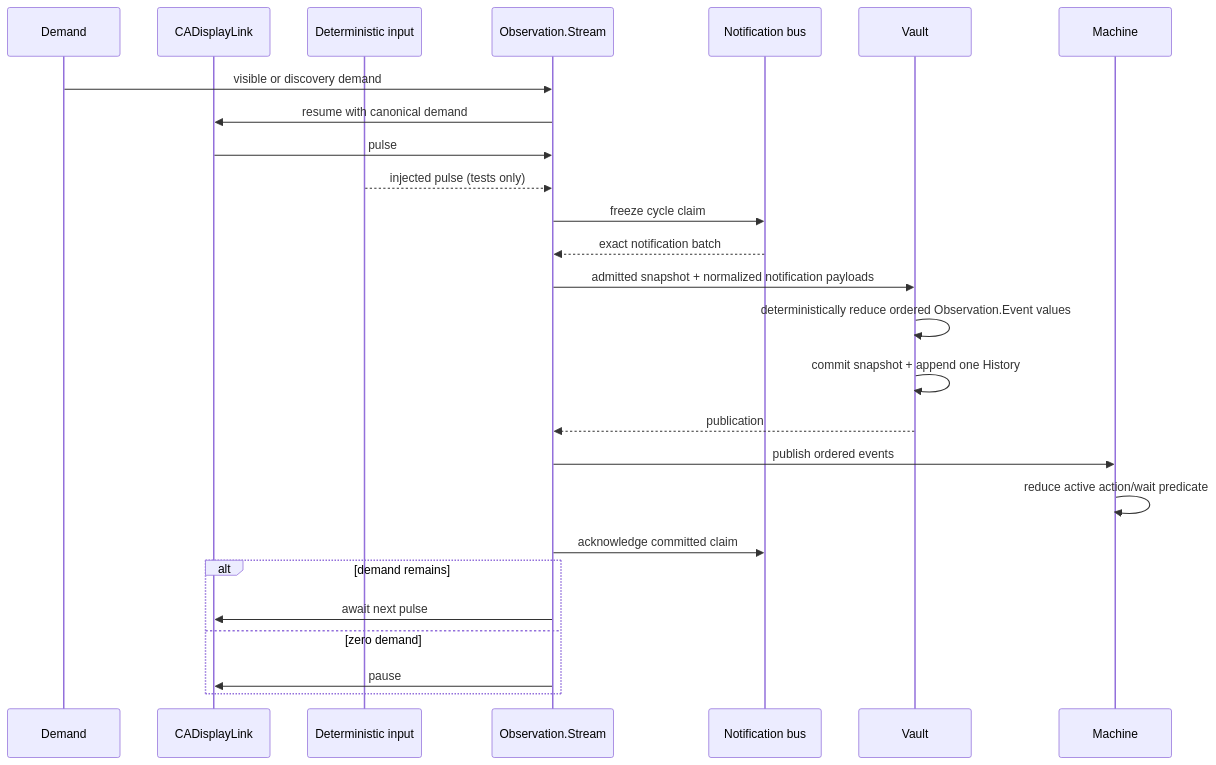
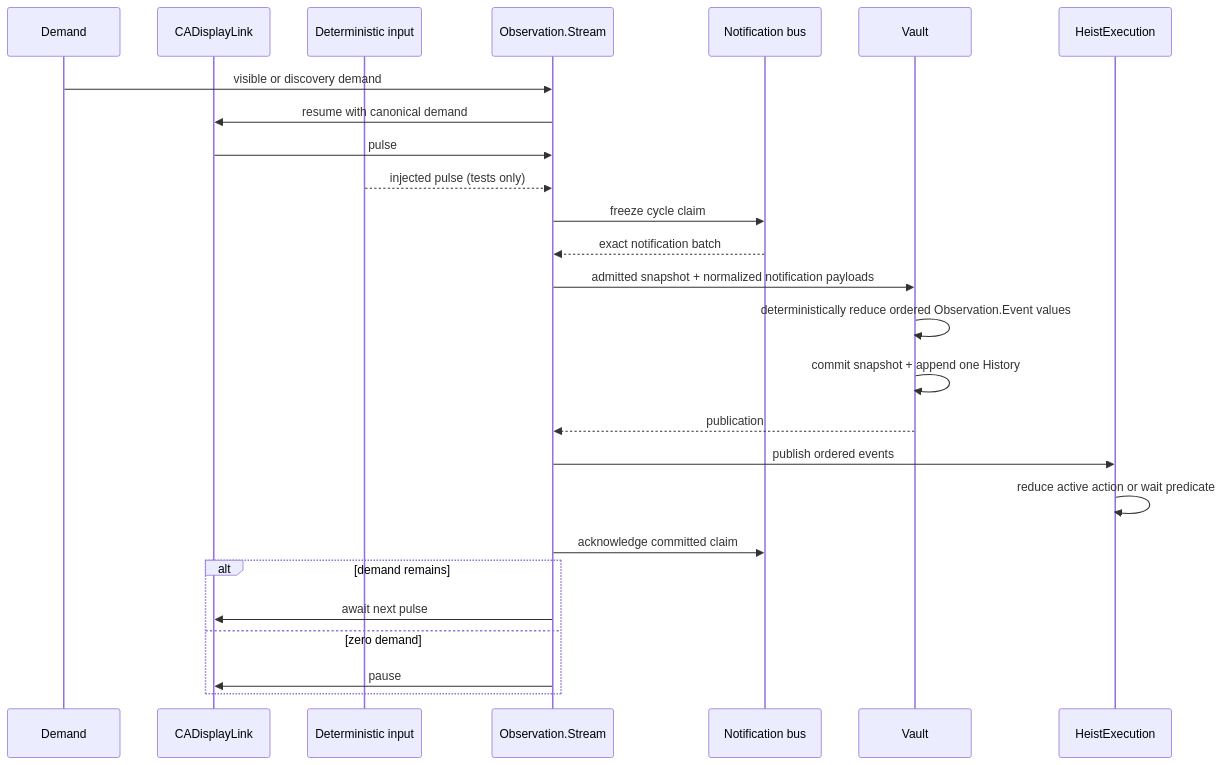
The first of 2 diagrams in docs/ARCHITECTURE.md (RoyalPineapple/TheButtonHeist), drawn with Mermaid before and after one commit. The commit also changed other lines of this file and 50 other files, not shown here.

First line of the commit message:
Make HeistExecution a pure reducer (#1423)

````diff
--- a/docs/ARCHITECTURE.md
+++ b/docs/ARCHITECTURE.md
@@ -221,29 +231,29 @@
 ```mermaid
 sequenceDiagram
     participant Demand
     participant DisplayLink as CADisplayLink
     participant Script as Deterministic input
     participant Stream as Observation.Stream
     participant Bus as Notification bus
     participant Vault
-    participant Machine
+    participant Execution as HeistExecution
 
     Demand->>Stream: visible or discovery demand
     Stream->>DisplayLink: resume with canonical demand
     DisplayLink->>Stream: pulse
     Script-->>Stream: injected pulse (tests only)
     Stream->>Bus: freeze cycle claim
     Bus-->>Stream: exact notification batch
     Stream->>Vault: admitted snapshot + normalized notification payloads
     Vault->>Vault: deterministically reduce ordered Observation.Event values
     Vault->>Vault: commit snapshot + append one History
     Vault-->>Stream: publication
-    Stream->>Machine: publish ordered events
-    Machine->>Machine: reduce active action/wait predicate
+    Stream->>Execution: publish ordered events
+    Execution->>Execution: reduce active action or wait predicate
     Stream->>Bus: acknowledge committed claim
     alt demand remains
         Stream->>DisplayLink: await next pulse
     else zero demand
         Stream->>DisplayLink: pause
     end
 ```
````
